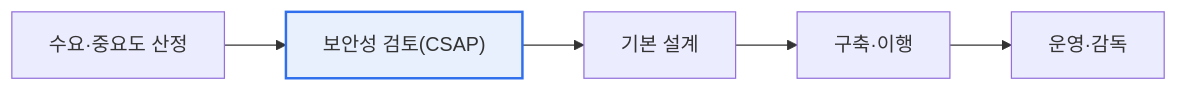
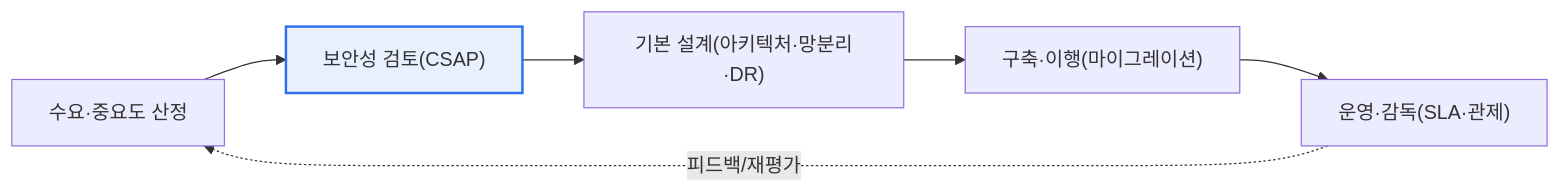
Before and after one commit to coninggu/wjdqhrhksflrltnftk: the second of 2 diagrams in content/public-private-cloud.md, drawn with Mermaid. The commit also changed other lines of this file and 3 other files, not shown here.

````diff
--- a/content/public-private-cloud.md
+++ b/content/public-private-cloud.md
@@ -15,5 +65,9 @@
 ```mermaid
 flowchart LR
-  A[수요·중요도 산정] --> B["보안성 검토(CSAP)"] --> C[기본 설계] --> D[구축·이행] --> E[운영·감독]
+  A["수요·중요도 산정"] --> B["보안성 검토(CSAP)"]
+  B --> C["기본 설계(아키텍처·망분리·DR)"]
+  C --> D["구축·이행(마이그레이션)"]
+  D --> E["운영·감독(SLA·관제)"]
+  E -.->|피드백/재평가| A
   style B fill:#e8f0fe,stroke:#2f6fed,stroke-width:2px
 ```
````
